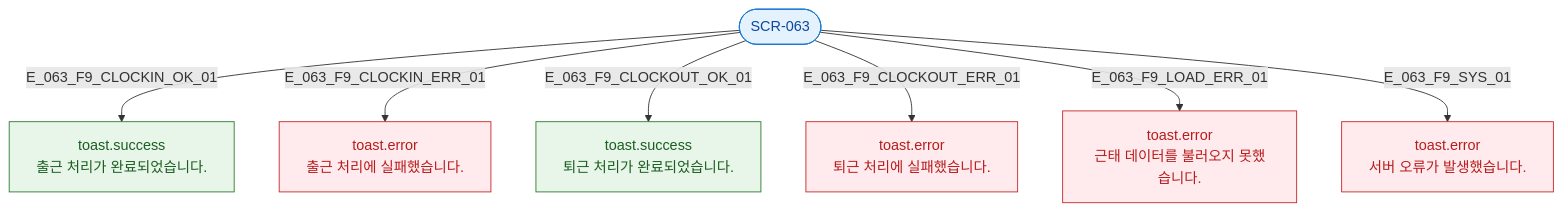
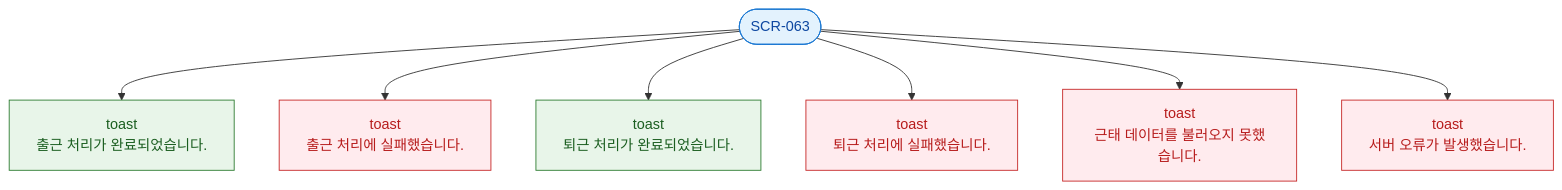
One commit to dev-spogym/admin-pando changed the diagram in docs/다이어그램/D07_직원관리/SCR-063_직원근태관리/F9_토스트피드백.md. Above: the diagram before and after it, drawn with Mermaid. The commit also changed other lines of this file and 1660 other files, not shown here.

First line of the commit message:
다이어그램: 기획자/클라이언트 납품본으로 정리

````diff
--- a/docs/다이어그램/D07_직원관리/SCR-063_직원근태관리/F9_토스트피드백.md
+++ b/docs/다이어그램/D07_직원관리/SCR-063_직원근태관리/F9_토스트피드백.md
@@ -18,19 +16,19 @@
 ```mermaid
 flowchart TD
   SCR_063([SCR-063])
 
-  SCR_063 -->|E_063_F9_CLOCKIN_OK_01| T1[toast.success\n출근 처리가 완료되었습니다.]
-  SCR_063 -->|E_063_F9_CLOCKIN_ERR_01| T2[toast.error\n출근 처리에 실패했습니다.]
-  SCR_063 -->|E_063_F9_CLOCKOUT_OK_01| T3[toast.success\n퇴근 처리가 완료되었습니다.]
-  SCR_063 -->|E_063_F9_CLOCKOUT_ERR_01| T4[toast.error\n퇴근 처리에 실패했습니다.]
-  SCR_063 -->|E_063_F9_LOAD_ERR_01| T5[toast.error\n근태 데이터를 불러오지 못했습니다.]
-  SCR_063 -->|E_063_F9_SYS_01| T6[toast.error\n서버 오류가 발생했습니다.]
+  SCR_063 --> T1[toast\n출근 처리가 완료되었습니다.]
+  SCR_063 --> T2[toast\n출근 처리에 실패했습니다.]
+  SCR_063 --> T3[toast\n퇴근 처리가 완료되었습니다.]
+  SCR_063 --> T4[toast\n퇴근 처리에 실패했습니다.]
+  SCR_063 --> T5[toast\n근태 데이터를 불러오지 못했습니다.]
+  SCR_063 --> T6[toast\n서버 오류가 발생했습니다.]
 
-  classDef screen  fill:#E3F2FD,stroke:#1976D2,color:#0D47A1
+  classDef screen fill:#E3F2FD,stroke:#1976D2,color:#0D47A1
   classDef success fill:#E8F5E9,stroke:#2E7D32,color:#1B5E20
-  classDef error   fill:#FFEBEE,stroke:#C62828,color:#B71C1C
+  classDef error fill:#FFEBEE,stroke:#C62828,color:#B71C1C
 
   class SCR_063 screen
   class T1,T3 success
   class T2,T4,T5,T6 error
 ```
````
